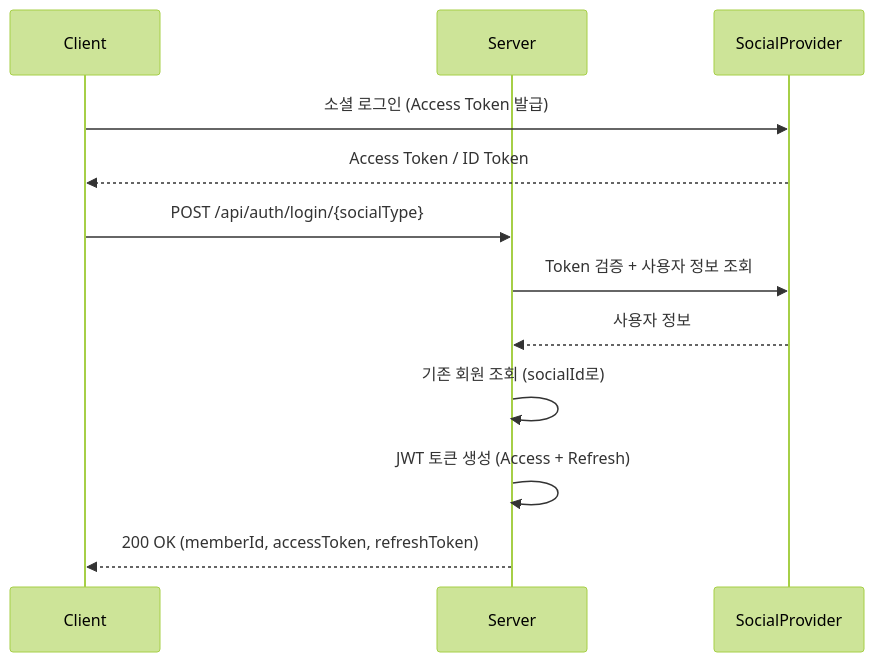
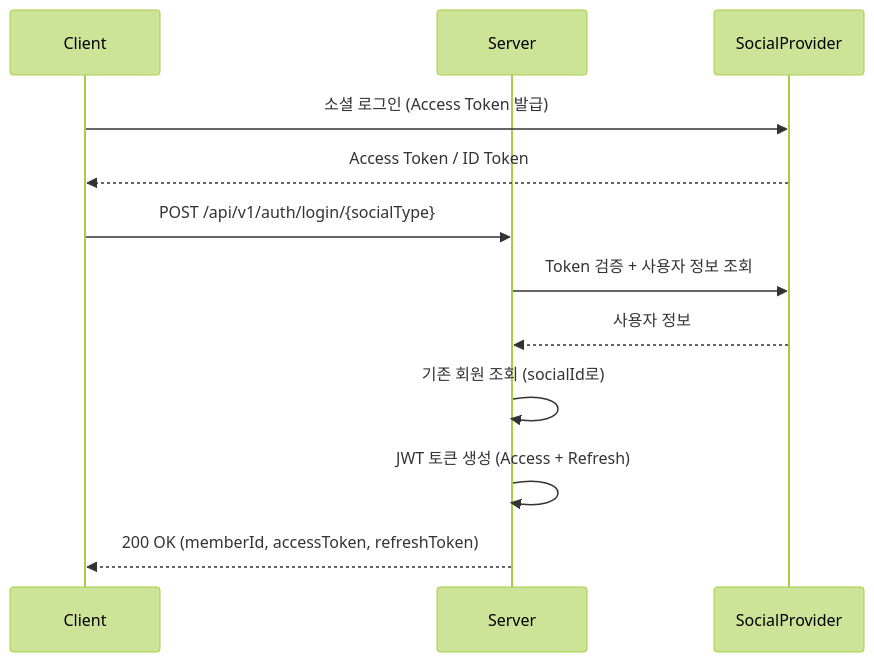
The second of 4 diagrams in API_DOCUMENTATION.md (focus-to-level-up/api-server), drawn with Mermaid (forest theme) before and after one commit. The commit also changed other lines of this file and 4 other files, not shown here.

````diff
--- a/API_DOCUMENTATION.md
+++ b/API_DOCUMENTATION.md
@@ -553,15 +553,15 @@
 ```mermaid
 sequenceDiagram
     participant Client
     participant Server
     participant SocialProvider
 
     Client->>SocialProvider: 소셜 로그인 (Access Token 발급)
     SocialProvider-->>Client: Access Token / ID Token
-    Client->>Server: POST /api/auth/login/{socialType}
+    Client->>Server: POST /api/v1/auth/login/{socialType}
     Server->>SocialProvider: Token 검증 + 사용자 정보 조회
     SocialProvider-->>Server: 사용자 정보
     Server->>Server: 기존 회원 조회 (socialId로)
     Server->>Server: JWT 토큰 생성 (Access + Refresh)
     Server-->>Client: 200 OK (memberId, accessToken, refreshToken)
 ```
````
